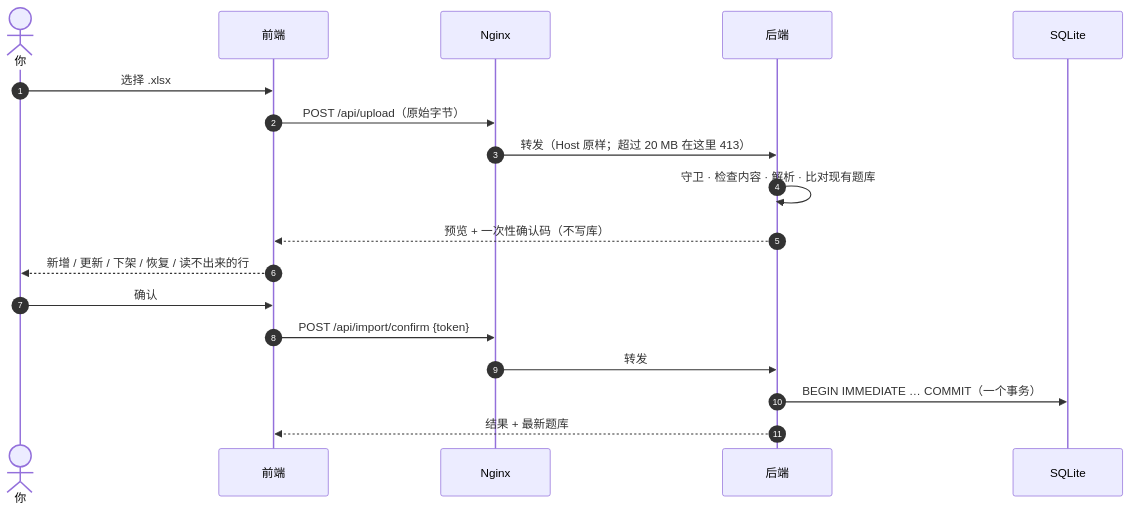
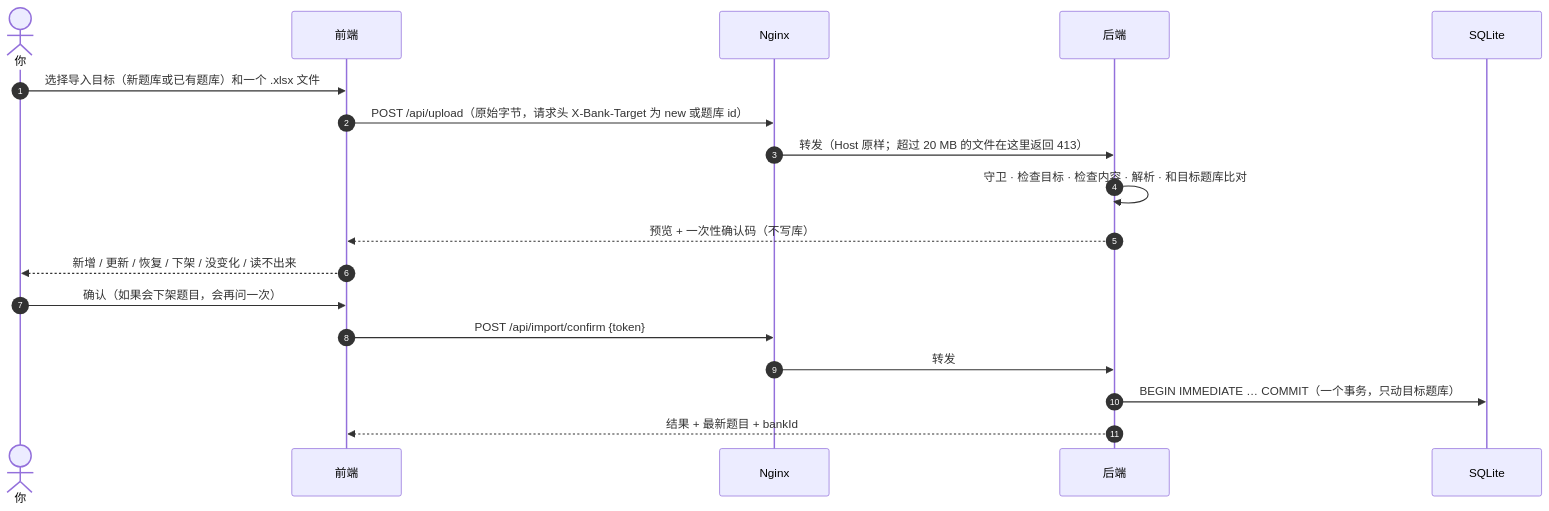
One commit to Yumin-Space/xexam changed the third of 7 diagrams in README.zh-CN.md. Above: the diagram before and after it, drawn with Mermaid. The commit also changed other lines of this file and 205 other files, not shown here.

````diff
--- a/README.zh-CN.md
+++ b/README.zh-CN.md
@@ -144,20 +649,20 @@
 ```mermaid
 sequenceDiagram
     autonumber
-    actor 你
-    participant 前端
+    actor Y as 你
+    participant F as 前端
     participant N as Nginx
-    participant 后端
-    participant 库 as SQLite
-    你->>前端: 选择 .xlsx
-    前端->>N: POST /api/upload（原始字节）
-    N->>后端: 转发（Host 原样；超过 20 MB 在这里 413）
-    后端->>后端: 守卫 · 检查内容 · 解析 · 比对现有题库
-    后端-->>前端: 预览 + 一次性确认码（不写库）
-    前端-->>你: 新增 / 更新 / 下架 / 恢复 / 读不出来的行
-    你->>前端: 确认
-    前端->>N: POST /api/import/confirm {token}
-    N->>后端: 转发
-    后端->>库: BEGIN IMMEDIATE … COMMIT（一个事务）
-    后端-->>前端: 结果 + 最新题库
+    participant B as 后端
+    participant D as SQLite
+    Y->>F: 选择导入目标（新题库或已有题库）和一个 .xlsx 文件
+    F->>N: POST /api/upload（原始字节，请求头 X-Bank-Target 为 new 或题库 id）
+    N->>B: 转发（Host 原样；超过 20 MB 的文件在这里返回 413）
+    B->>B: 守卫 · 检查目标 · 检查内容 · 解析 · 和目标题库比对
+    B-->>F: 预览 + 一次性确认码（不写库）
+    F-->>Y: 新增 / 更新 / 恢复 / 下架 / 没变化 / 读不出来
+    Y->>F: 确认（如果会下架题目，会再问一次）
+    F->>N: POST /api/import/confirm {token}
+    N->>B: 转发
+    B->>D: BEGIN IMMEDIATE … COMMIT（一个事务，只动目标题库）
+    B-->>F: 结果 + 最新题目 + bankId
 ```
````
